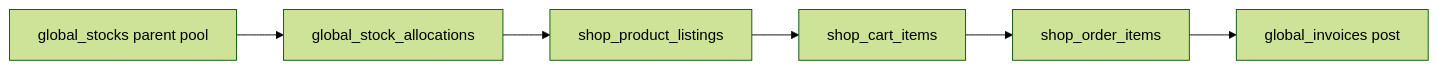
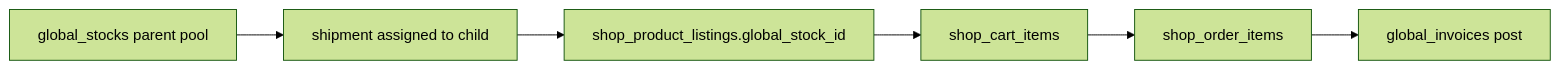
Before and after one commit to david-git-2/brandwala-wholesale-quasar-v2: the third of 4 diagrams in doc/SHOP_ORDER.md, drawn with Mermaid (forest theme). The commit also changed other lines of this file and 27 other files, not shown here.

````diff
--- a/doc/SHOP_ORDER.md
+++ b/doc/SHOP_ORDER.md
@@ -467,8 +469,8 @@
 ```mermaid
 flowchart LR
-  pool["global_stocks parent pool"] --> alloc["global_stock_allocations"]
-  alloc --> listing["shop_product_listings"]
+  pool["global_stocks parent pool"] --> shipAssign["shipment assigned to child"]
+  shipAssign --> listing["shop_product_listings.global_stock_id"]
   listing --> cart["shop_cart_items"]
   cart --> order["shop_order_items"]
   order --> invoice["global_invoices post"]
 ```
````
